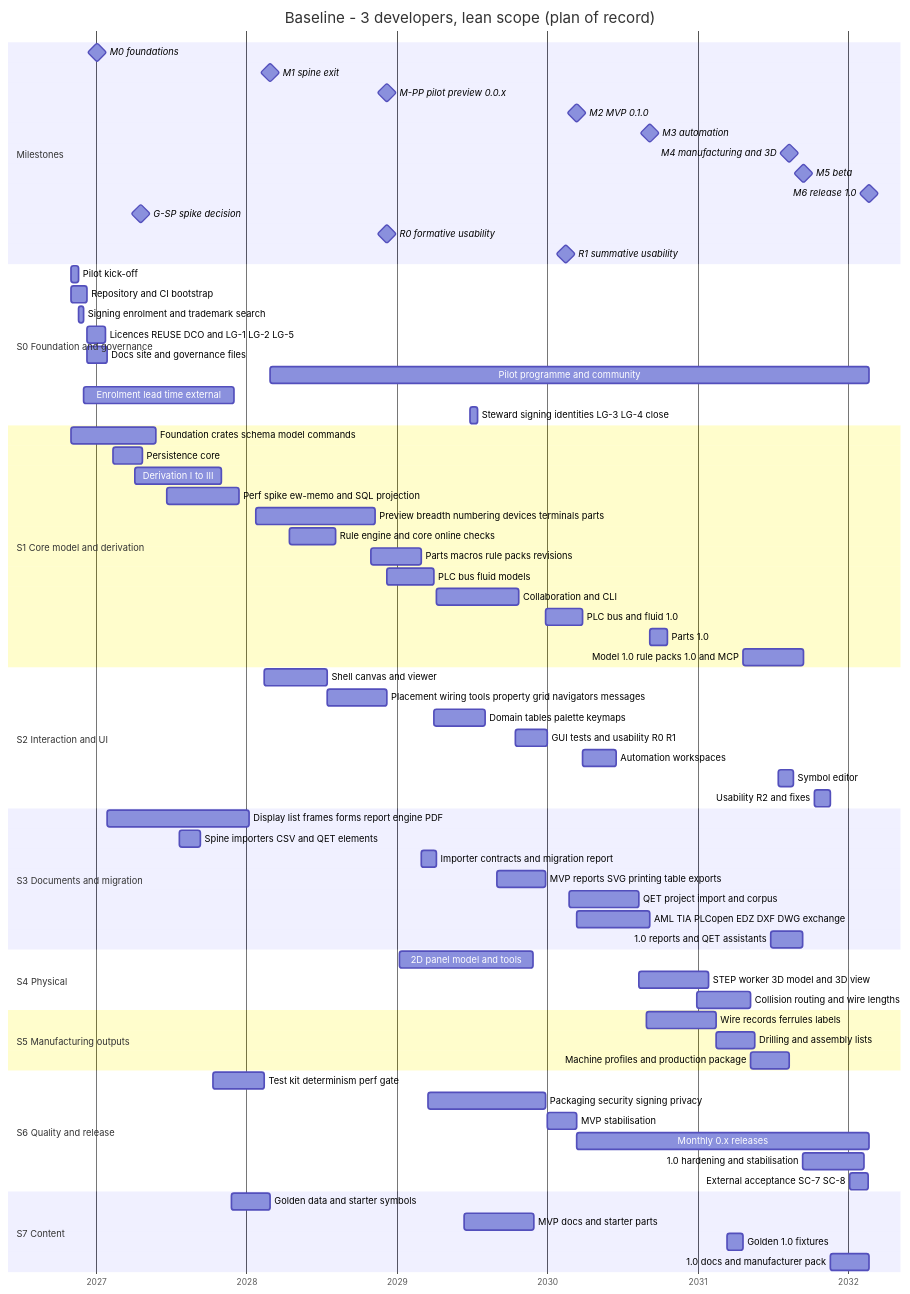
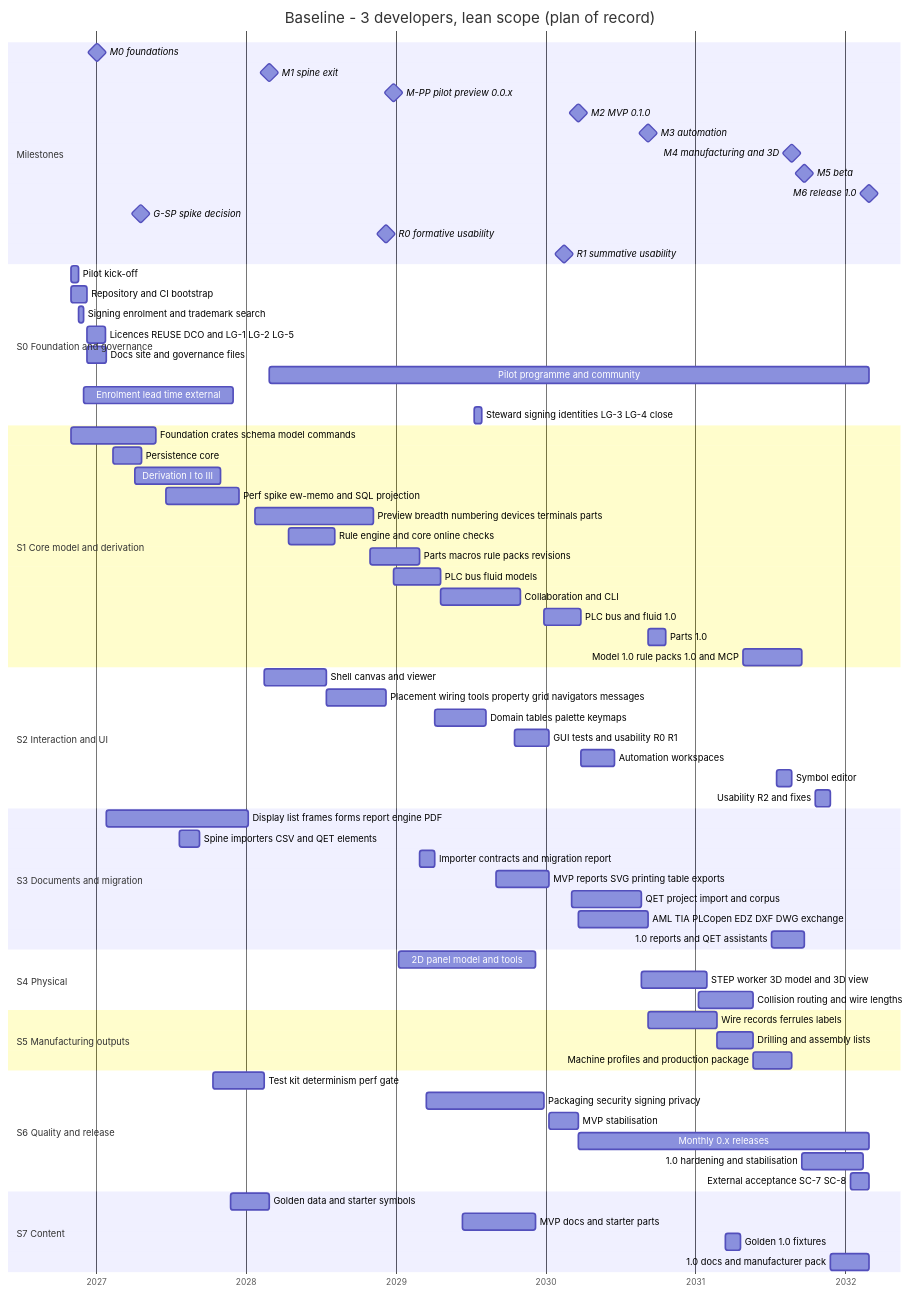
One commit to Ironkode787/ElektraWatt changed the second of 3 diagrams in docs/plan/01-global-plan.md. Above: the diagram before and after it, drawn with Mermaid. The commit also changed other lines of this file and 31 other files, not shown here.

````diff
--- a/docs/plan/01-global-plan.md
+++ b/docs/plan/01-global-plan.md
@@ -716,76 +736,76 @@
 ```mermaid
 gantt
   title Baseline - 3 developers, lean scope (plan of record)
   dateFormat YYYY-MM-DD
   axisFormat %Y
   section Milestones
   M0 foundations :milestone, m0, 2027-01-03, 0d
   M1 spine exit :milestone, m1, 2028-02-27, 0d
-  M-PP pilot preview 0.0.x :milestone, m2, 2028-12-08, 0d
-  M2 MVP 0.1.0 :milestone, m3, 2030-03-14, 0d
+  M-PP pilot preview 0.0.x :milestone, m2, 2028-12-27, 0d
+  M2 MVP 0.1.0 :milestone, m3, 2030-03-22, 0d
   M3 automation :milestone, m4, 2030-09-07, 0d
-  M4 manufacturing and 3D :milestone, m5, 2031-08-12, 0d
-  M5 beta :milestone, m6, 2031-09-15, 0d
-  M6 release 1.0 :milestone, m7, 2032-02-21, 0d
+  M4 manufacturing and 3D :milestone, m5, 2031-08-23, 0d
+  M5 beta :milestone, m6, 2031-09-23, 0d
+  M6 release 1.0 :milestone, m7, 2032-02-28, 0d
   G-SP spike decision :milestone, gsp, 2027-04-20, 0d
   R0 formative usability :milestone, r0, 2028-12-08, 0d
   R1 summative usability :milestone, r1, 2030-02-15, 0d
   section S0 Foundation and governance
   Pilot kick-off :t1, 2026-11-01, 2026-11-20
   Repository and CI bootstrap :t2, 2026-11-01, 2026-12-09
   Signing enrolment and trademark search :t3, 2026-11-20, 2026-12-02
   Licences REUSE DCO and LG-1 LG-2 LG-5 :t4, 2026-12-09, 2027-01-23
   Docs site and governance files :t5, 2026-12-09, 2027-01-27
-  Pilot programme and community :t6, 2028-02-27, 2032-02-21
+  Pilot programme and community :t6, 2028-02-27, 2032-02-28
   Enrolment lead time external :t7, 2026-12-02, 2027-12-01
-  Steward signing identities LG-3 LG-4 close :t8, 2029-06-27, 2029-07-16
+  Steward signing identities LG-3 LG-4 close :t8, 2029-07-10, 2029-07-30
   section S1 Core model and derivation
   Foundation crates schema model commands :t9, 2026-11-01, 2027-05-27
   Persistence core :t10, 2027-02-12, 2027-04-23
   Derivation I to III :t11, 2027-04-06, 2027-11-01
   Perf spike ew-memo and SQL projection :t12, 2027-06-21, 2027-12-15
   Preview breadth numbering devices terminals parts :t13, 2028-01-24, 2028-11-08
   Rule engine and core online checks :t14, 2028-04-14, 2028-08-05
   Parts macros rule packs revisions :t15, 2028-10-29, 2029-02-28
-  PLC bus fluid models :t16, 2028-12-08, 2029-03-31
-  Collaboration and CLI :t17, 2029-04-06, 2029-10-24
+  PLC bus fluid models :t16, 2028-12-27, 2029-04-19
+  Collaboration and CLI :t17, 2029-04-19, 2029-11-01
   PLC bus and fluid 1.0 :t18, 2029-12-28, 2030-03-27
-  Parts 1.0 :t19, 2030-09-07, 2030-10-20
-  Model 1.0 rule packs 1.0 and MCP :t20, 2031-04-20, 2031-09-15
+  Parts 1.0 :t19, 2030-09-07, 2030-10-21
+  Model 1.0 rule packs 1.0 and MCP :t20, 2031-04-27, 2031-09-17
   section S2 Interaction and UI
   Shell canvas and viewer :t21, 2028-02-14, 2028-07-15
   Placement wiring tools property grid navigators messages :t22, 2028-07-15, 2028-12-08
-  Domain tables palette keymaps :t23, 2029-03-31, 2029-08-03
-  GUI tests and usability R0 R1 :t24, 2029-10-16, 2029-12-31
+  Domain tables palette keymaps :t23, 2029-04-06, 2029-08-08
+  GUI tests and usability R0 R1 :t24, 2029-10-16, 2030-01-08
   Automation workspaces :t25, 2030-03-27, 2030-06-17
-  Symbol editor :t26, 2031-07-15, 2031-08-21
-  Usability R2 and fixes :t27, 2031-10-12, 2031-11-19
+  Symbol editor :t26, 2031-07-17, 2031-08-23
+  Usability R2 and fixes :t27, 2031-10-19, 2031-11-26
   section S3 Documents and migration
   Display list frames forms report engine PDF :t28, 2027-01-27, 2028-01-08
   Spine importers CSV and QET elements :t29, 2027-07-23, 2027-09-11
   Importer contracts and migration report :t30, 2029-02-28, 2029-04-06
-  MVP reports SVG printing table exports :t31, 2029-09-01, 2029-12-28
-  QET project import and corpus :t32, 2030-02-23, 2030-08-12
-  AML TIA PLCopen EDZ DXF DWG exchange :t33, 2030-03-14, 2030-09-07
-  1.0 reports and QET assistants :t34, 2031-06-28, 2031-09-13
+  MVP reports SVG printing table exports :t31, 2029-09-01, 2030-01-08
+  QET project import and corpus :t32, 2030-03-06, 2030-08-23
+  AML TIA PLCopen EDZ DXF DWG exchange :t33, 2030-03-22, 2030-09-07
+  1.0 reports and QET assistants :t34, 2031-07-05, 2031-09-23
   section S4 Physical
-  2D panel model and tools :t35, 2029-01-07, 2029-11-26
-  STEP worker 3D model and 3D view :t36, 2030-08-12, 2031-01-28
-  Collision routing and wire lengths :t37, 2030-12-30, 2031-05-10
+  2D panel model and tools :t35, 2029-01-07, 2029-12-07
+  STEP worker 3D model and 3D view :t36, 2030-08-23, 2031-01-29
+  Collision routing and wire lengths :t37, 2031-01-09, 2031-05-21
   section S5 Manufacturing outputs
-  Wire records ferrules labels :t38, 2030-08-29, 2031-02-14
-  Drilling and assembly lists :t39, 2031-02-14, 2031-05-19
-  Machine profiles and production package :t40, 2031-05-10, 2031-08-12
+  Wire records ferrules labels :t38, 2030-09-07, 2031-02-23
+  Drilling and assembly lists :t39, 2031-02-23, 2031-05-21
+  Machine profiles and production package :t40, 2031-05-21, 2031-08-23
   section S6 Quality and release
   Test kit determinism perf gate :t41, 2027-10-12, 2028-02-14
   Packaging security signing privacy :t42, 2029-03-17, 2029-12-28
-  MVP stabilisation :t43, 2029-12-31, 2030-03-14
-  Monthly 0.x releases :t44, 2030-03-14, 2032-02-21
-  1.0 hardening and stabilisation :t45, 2031-09-13, 2032-02-09
-  External acceptance SC-7 SC-8 :t46, 2032-01-06, 2032-02-19
+  MVP stabilisation :t43, 2030-01-08, 2030-03-22
+  Monthly 0.x releases :t44, 2030-03-22, 2032-02-28
+  1.0 hardening and stabilisation :t45, 2031-09-17, 2032-02-14
+  External acceptance SC-7 SC-8 :t46, 2032-01-13, 2032-02-27
   section S7 Content
   Golden data and starter symbols :t47, 2027-11-26, 2028-02-27
-  MVP docs and starter parts :t48, 2029-06-12, 2029-11-30
-  Golden 1.0 fixtures :t49, 2031-03-14, 2031-04-20
-  1.0 docs and manufacturer pack :t50, 2031-11-19, 2032-02-21
+  MVP docs and starter parts :t48, 2029-06-12, 2029-12-08
+  Golden 1.0 fixtures :t49, 2031-03-14, 2031-04-21
+  1.0 docs and manufacturer pack :t50, 2031-11-26, 2032-02-28
 ```
````
